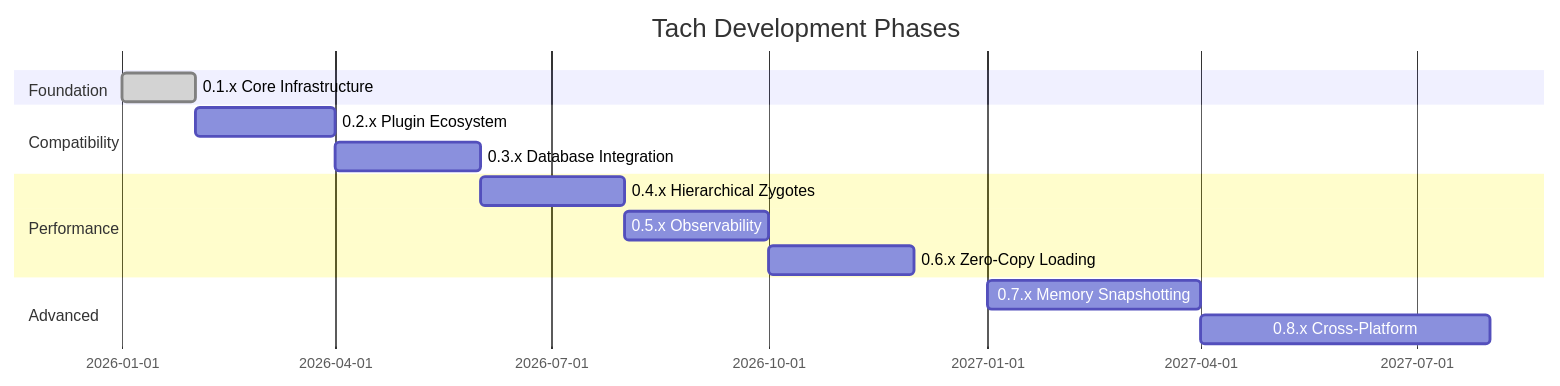
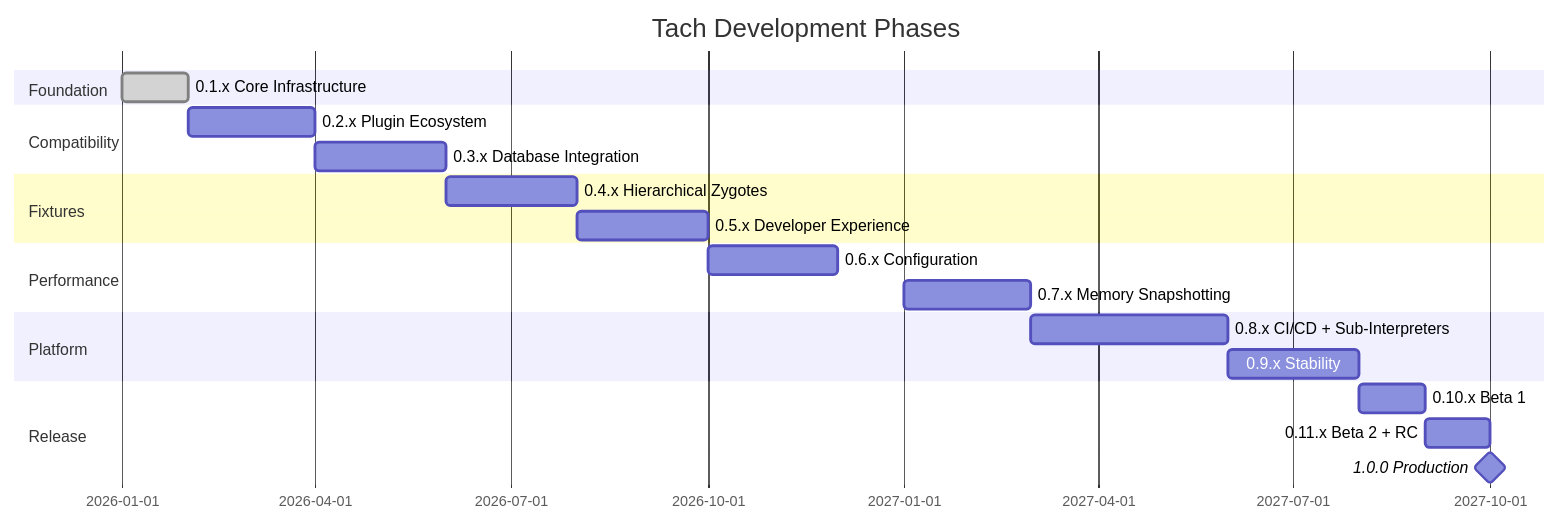
One commit to NikkeTryHard/tach-core changed the diagram in docs/research/roadmap.md. Above: the diagram before and after it, drawn with Mermaid. The commit also changed other lines of this file, not shown here.

First line of the commit message:
docs(roadmap): add research-backed improvements and consolidate references

````diff
--- a/docs/research/roadmap.md
+++ b/docs/research/roadmap.md
@@ -11,17 +11,23 @@
 ```mermaid
 gantt
     title Tach Development Phases
     dateFormat  YYYY-MM
     section Foundation
     0.1.x Core Infrastructure    :done, 2026-01, 2026-02
     section Compatibility
     0.2.x Plugin Ecosystem       :2026-02, 2026-04
     0.3.x Database Integration   :2026-04, 2026-06
+    section Fixtures
+    0.4.x Hierarchical Zygotes   :2026-06, 2026-08
+    0.5.x Developer Experience   :2026-08, 2026-10
     section Performance
-    0.4.x Hierarchical Zygotes   :2026-06, 2026-08
-    0.5.x Observability          :2026-08, 2026-10
-    0.6.x Zero-Copy Loading      :2026-10, 2026-12
-    section Advanced
-    0.7.x Memory Snapshotting    :2027-01, 2027-04
-    0.8.x Cross-Platform         :2027-04, 2027-08
+    0.6.x Configuration          :2026-10, 2026-12
+    0.7.x Memory Snapshotting    :2027-01, 2027-03
+    section Platform
+    0.8.x CI/CD + Sub-Interpreters :2027-03, 2027-06
+    0.9.x Stability              :2027-06, 2027-08
+    section Release
+    0.10.x Beta 1                :2027-08, 2027-09
+    0.11.x Beta 2 + RC           :2027-09, 2027-10
+    1.0.0 Production             :milestone, 2027-10, 0d
 ```
````
